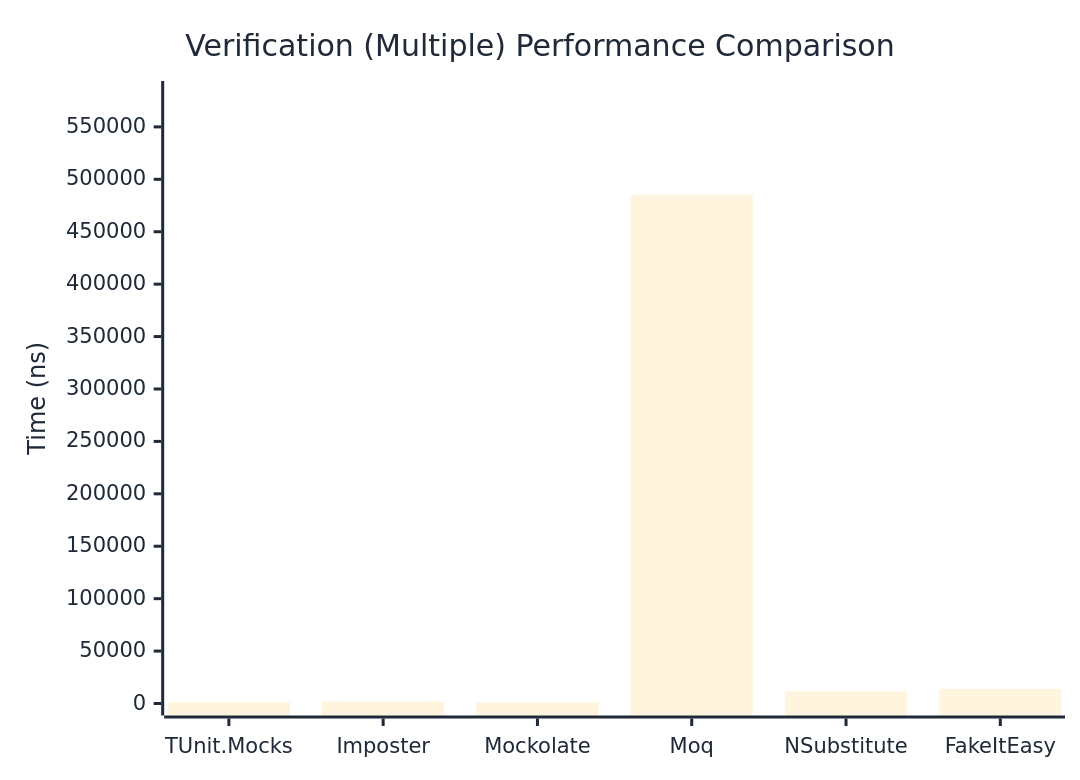
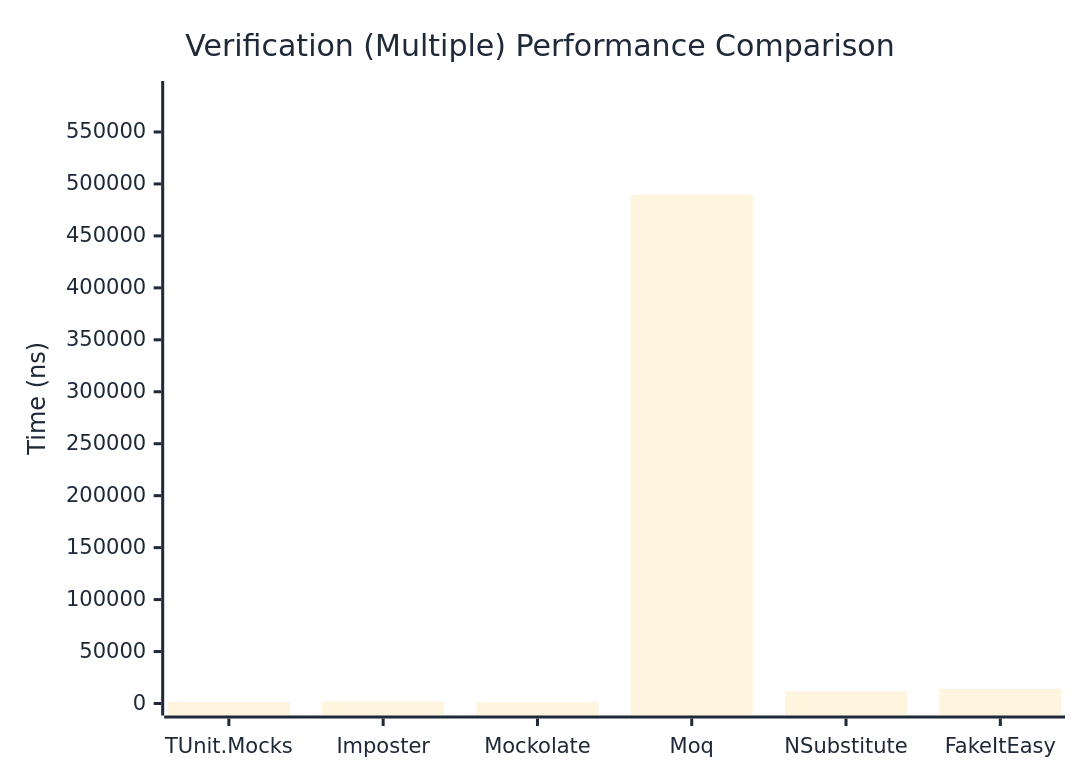
The third of 3 diagrams in docs/docs/benchmarks/mocks/Verification.md (thomhurst/TUnit), drawn with Mermaid before and after one commit. The commit also changed other lines of this file and 14 other files, not shown here.

````diff
--- a/docs/docs/benchmarks/mocks/Verification.md
+++ b/docs/docs/benchmarks/mocks/Verification.md
@@ -112,27 +112,27 @@
 ```mermaid
 %%{init: {
   'theme':'base',
   'themeVariables': {
     'primaryColor': '#2563eb',
     'primaryTextColor': '#1f2937',
     'primaryBorderColor': '#1e40af',
     'lineColor': '#6b7280',
     'secondaryColor': '#7c3aed',
     'tertiaryColor': '#dc2626',
     'background': '#ffffff',
     'pie1': '#2563eb',
     'pie2': '#7c3aed',
     'pie3': '#dc2626',
     'pie4': '#f59e0b',
     'pie5': '#10b981',
     'pie6': '#06b6d4',
     'pie7': '#ec4899',
     'pie8': '#6366f1'
   }
 }}%%
 xychart-beta
   title "Verification (Multiple) Performance Comparison"
   x-axis ["TUnit.Mocks", "Imposter", "Mockolate", "Moq", "NSubstitute", "FakeItEasy"]
-  y-axis "Time (ns)" 0 --> 582329
-  bar [1241.23, 1789.06, 1130.26, 485273.95, 11747, 13947.57]
+  y-axis "Time (ns)" 0 --> 587518
+  bar [1299.54, 1859.96, 1225.45, 489597.55, 12001.81, 14040.77]
 ```
````
